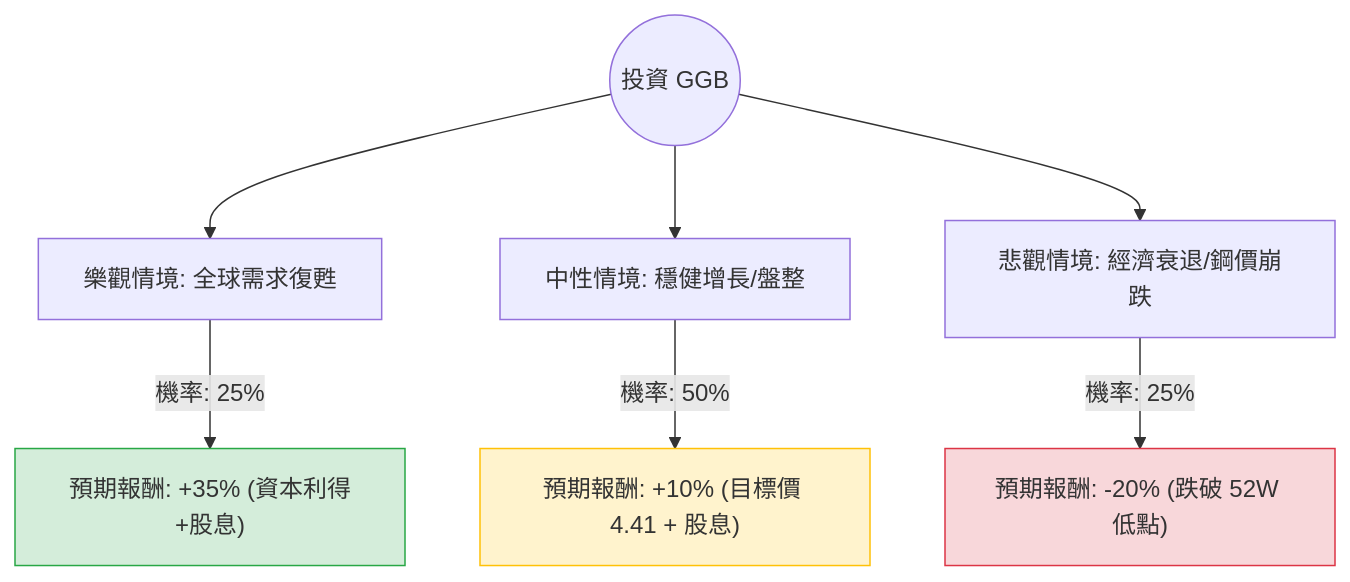
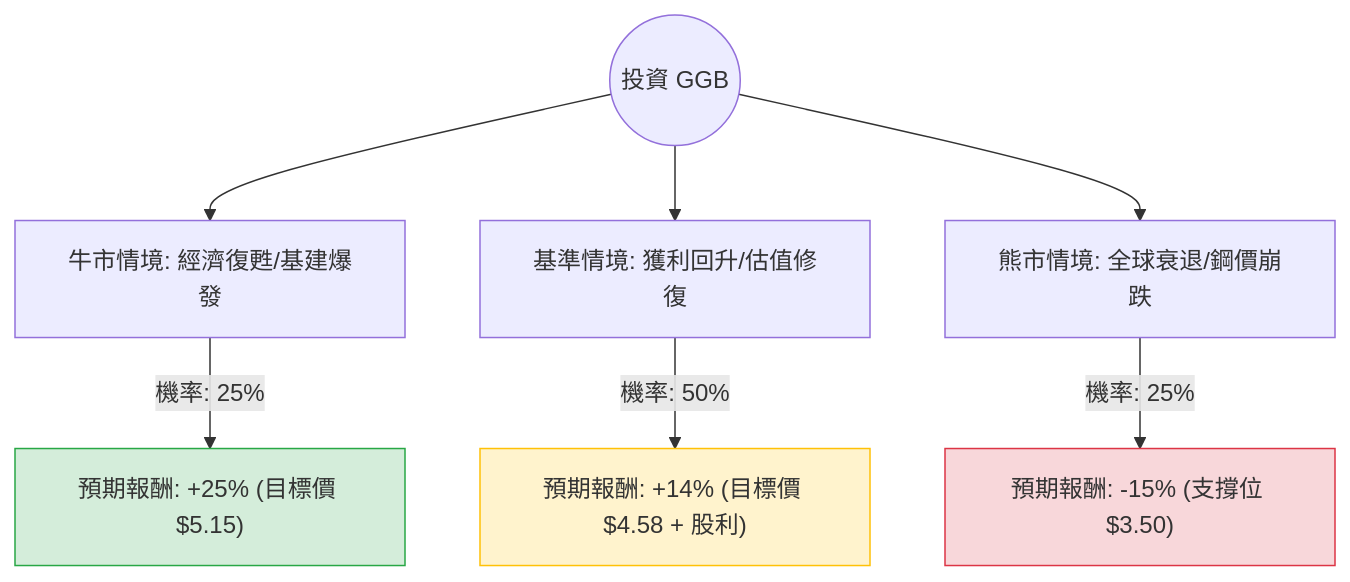
Before and after one commit to zmcx16/zmcx16.github.io: the diagram in plugin-react/ai-analysis/ev-analysis/GGB.md, drawn with Mermaid. The commit also changed other lines of this file and 50 other files, not shown here.

````diff
--- a/plugin-react/ai-analysis/ev-analysis/GGB.md
+++ b/plugin-react/ai-analysis/ev-analysis/GGB.md
@@ -19,14 +20,14 @@
 ```mermaid
 graph TD
-    Start((投資 GGB)) --> Bull[樂觀情境: 全球需求復甦]
-    Start --> Base[中性情境: 穩健增長/盤整]
-    Start --> Bear[悲觀情境: 經濟衰退/鋼價崩跌]
+    Start((投資 GGB)) --> Bull[牛市情境: 經濟復甦/基建爆發]
+    Start --> Base[基準情境: 獲利回升/估值修復]
+    Start --> Bear[熊市情境: 全球衰退/鋼價崩跌]
 
-    Bull -- "機率: 25%" --> BullVal["預期報酬: +35% (資本利得+股息)"]
-    Base -- "機率: 50%" --> BaseVal["預期報酬: +10% (目標價 4.41 + 股息)"]
-    Bear -- "機率: 25%" --> BearVal["預期報酬: -20% (跌破 52W 低點)"]
+    Bull -- "機率: 25%" --> BullResult["預期報酬: +25% (目標價 $5.15)"]
+    Base -- "機率: 50%" --> BaseResult["預期報酬: +14% (目標價 $4.58 + 股利)"]
+    Bear -- "機率: 25%" --> BearResult["預期報酬: -15% (支撐位 $3.50)"]
 
-    style BullVal fill:#d4edda,stroke:#28a745
-    style BaseVal fill:#fff3cd,stroke:#ffc107
-    style BearVal fill:#f8d7da,stroke:#dc3545
+    style BullResult fill:#d4edda,stroke:#28a745
+    style BaseResult fill:#fff3cd,stroke:#ffc107
+    style BearResult fill:#f8d7da,stroke:#dc3545
 ```
````
